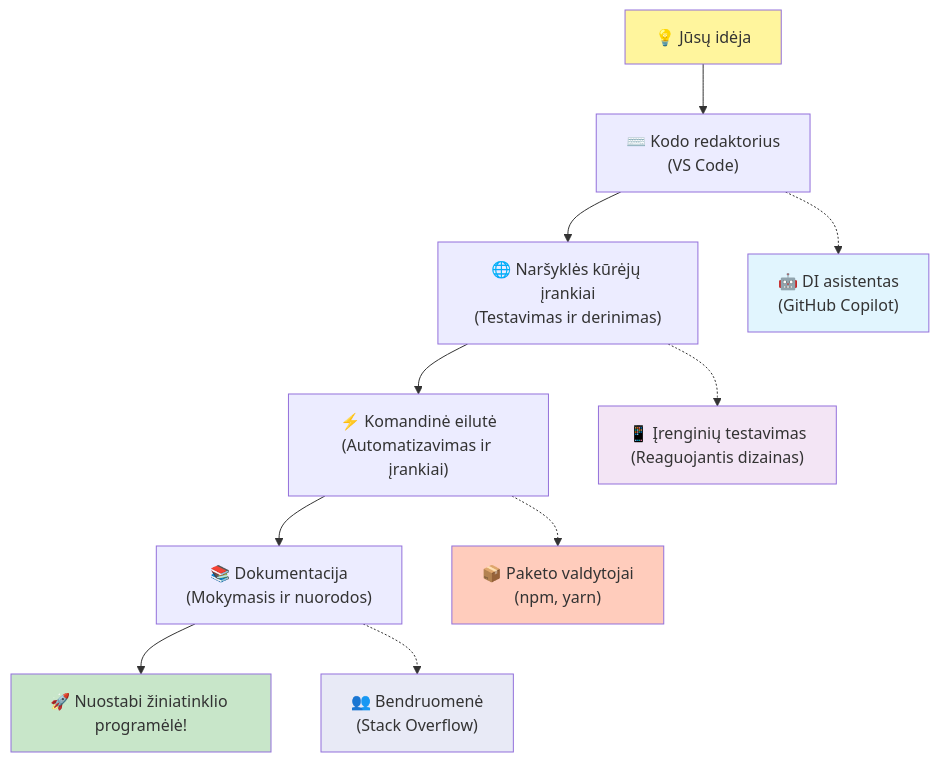
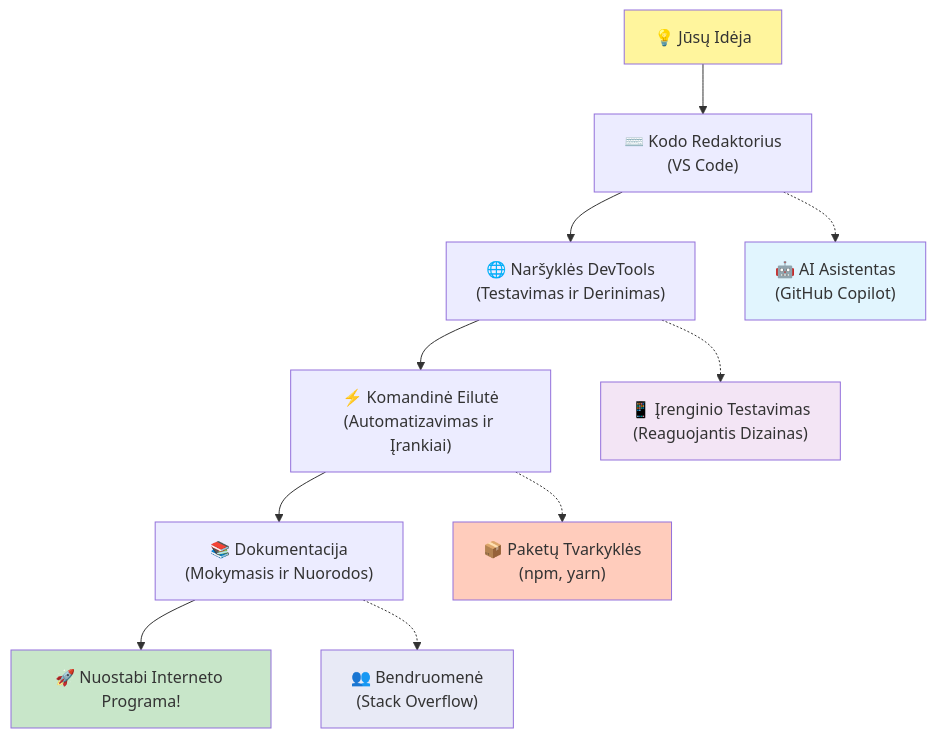
One commit to microsoft/Web-Dev-For-Beginners changed the fifth of 7 diagrams in translations/lt/1-getting-started-lessons/1-intro-to-programming-languages/README.md. Above: the diagram before and after it, drawn with Mermaid. The commit also changed other lines of this file and 8 other files, not shown here.

````diff
--- a/translations/lt/1-getting-started-lessons/1-intro-to-programming-languages/README.md
+++ b/translations/lt/1-getting-started-lessons/1-intro-to-programming-languages/README.md
@@ -488,20 +488,20 @@
 ```mermaid
 graph TD
-    A["💡 Jūsų idėja"] --> B["⌨️ Kodo redaktorius<br/>(VS Code)"] 
-    B --> C["🌐 Naršyklės kūrėjų įrankiai<br/>(Testavimas ir derinimas)"]
-    C --> D["⚡ Komandinė eilutė<br/>(Automatizavimas ir įrankiai)"]
-    D --> E["📚 Dokumentacija<br/>(Mokymasis ir nuorodos)"]
-    E --> F["🚀 Nuostabi žiniatinklio programėlė!"]
+    A["💡 Jūsų Idėja"] --> B["⌨️ Kodo Redaktorius<br/>(VS Code)"] 
+    B --> C["🌐 Naršyklės DevTools<br/>(Testavimas ir Derinimas)"]
+    C --> D["⚡ Komandinė Eilutė<br/>(Automatizavimas ir Įrankiai)"]
+    D --> E["📚 Dokumentacija<br/>(Mokymasis ir Nuorodos)"]
+    E --> F["🚀 Nuostabi Interneto Programa!"]
     
-    B -.-> G["🤖 DI asistentas<br/>(GitHub Copilot)"]
-    C -.-> H["📱 Įrenginių testavimas<br/>(Reaguojantis dizainas)"]
-    D -.-> I["📦 Paketo valdytojai<br/>(npm, yarn)"]
+    B -.-> G["🤖 AI Asistentas<br/>(GitHub Copilot)"]
+    C -.-> H["📱 Įrenginio Testavimas<br/>(Reaguojantis Dizainas)"]
+    D -.-> I["📦 Paketų Tvarkyklės<br/>(npm, yarn)"]
     E -.-> J["👥 Bendruomenė<br/>(Stack Overflow)"]
     
     style A fill:#fff59d
     style F fill:#c8e6c9
     style G fill:#e1f5fe
     style H fill:#f3e5f5
     style I fill:#ffccbc
     style J fill:#e8eaf6
 ```
````
